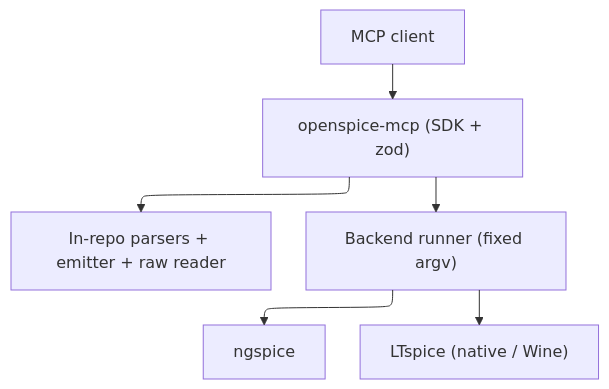
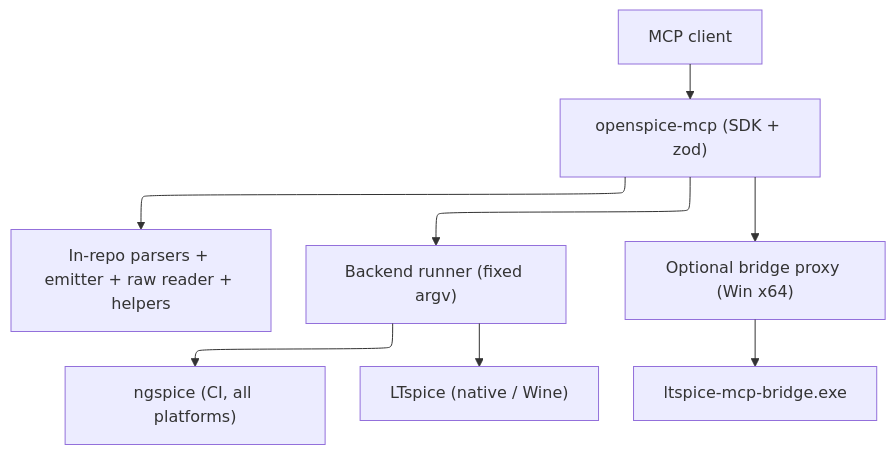
The diagram in .kiro/steering/tech.md (sohampatwardhan/openspice-mcp), drawn with Mermaid before and after one commit. The commit also changed other lines of this file and 4 other files, not shown here.

First line of the commit message:
docs(spec): add LTspice MCP parity, bridge delegation, and platform notes

````diff
--- a/.kiro/steering/tech.md
+++ b/.kiro/steering/tech.md
@@ -22,12 +37,14 @@
 ```mermaid
 ---
 config:
   layout: elk
 ---
 flowchart TB
   client["MCP client"] --> server["openspice-mcp (SDK + zod)"]
-  server --> engine["In-repo parsers + emitter + raw reader"]
+  server --> engine["In-repo parsers + emitter + raw reader + helpers"]
   server --> runner["Backend runner (fixed argv)"]
-  runner --> ng["ngspice"]
+  server --> bridge["Optional bridge proxy (Win x64)"]
+  runner --> ng["ngspice (CI, all platforms)"]
   runner --> lt["LTspice (native / Wine)"]
+  bridge --> bexe["ltspice-mcp-bridge.exe"]
 ```
````
